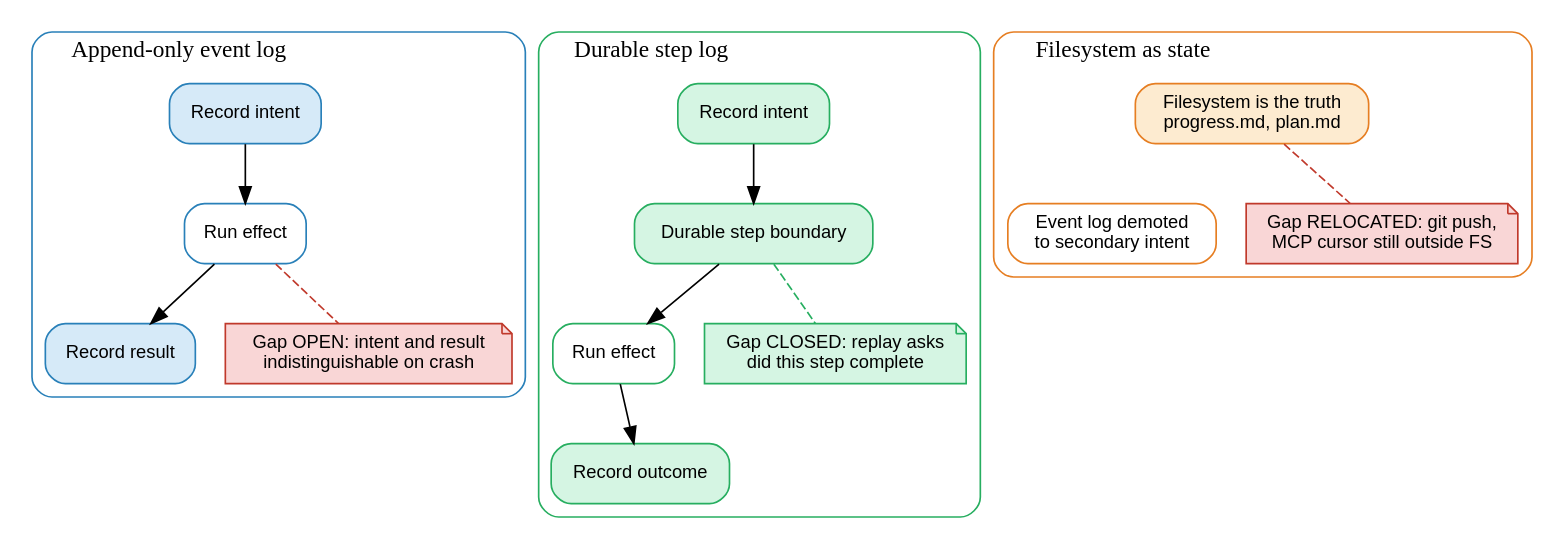
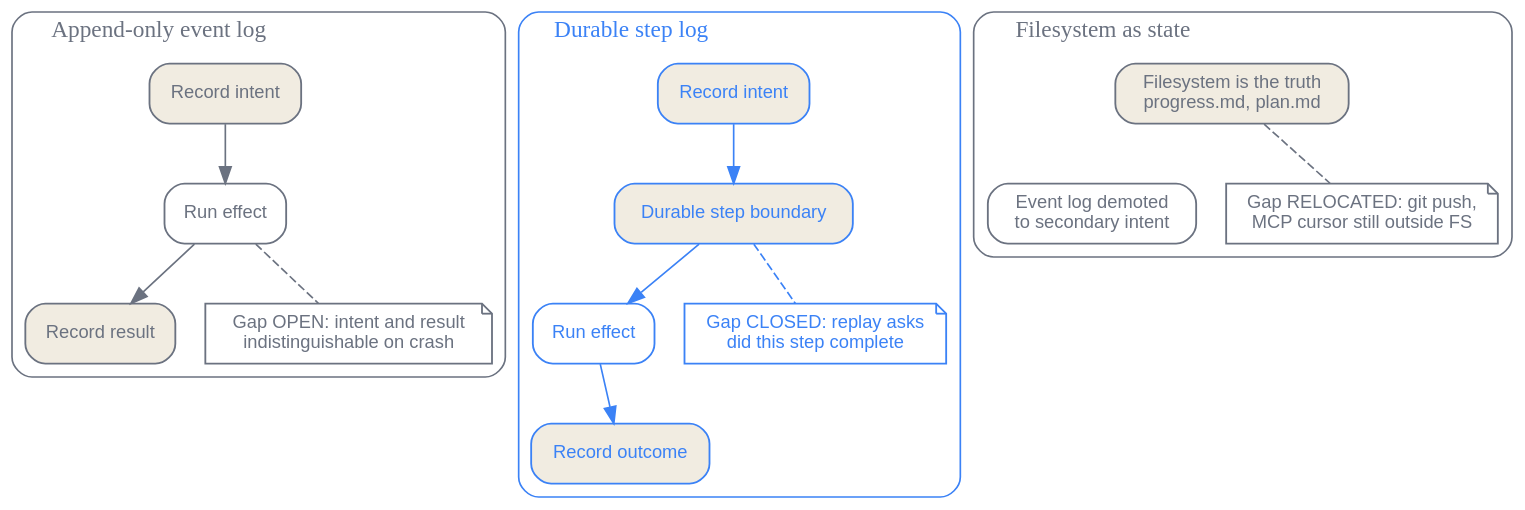
One commit to latere-ai/ai-as-an-infrastructure changed the second of 4 diagrams in en/p5-orchestration/22-memory-systems.qmd. Above: the diagram before and after it, drawn with Graphviz. The commit also changed other lines of this file and 186 other files, not shown here.

First line of the commit message:
book: visual audit pass on all diagrams and figures

````diff
--- a/en/p5-orchestration/22-memory-systems.qmd
+++ b/en/p5-orchestration/22-memory-systems.qmd
@@ -80,48 +80,52 @@
 ```{dot}
 //| label: fig-memory-durability-models
 //| fig-cap: "Three durability models differ in what they record relative to the effect, which fixes where the intent-versus-result gap sits."
 digraph durability {
     rankdir=TB;
-    node [shape=box, style="rounded,filled", fontname="Helvetica", fontsize=11];
-    edge [fontname="Helvetica", fontsize=10];
+    bgcolor="transparent";
+    node [shape=box, style="rounded,filled", fontname="Helvetica", fontsize=11, color="#6b7280", fontcolor="#6b7280", fillcolor="#ffffff", penwidth=1.1];
+    edge [fontname="Helvetica", fontsize=10, color="#6b7280", fontcolor="#6b7280"];
 
     subgraph cluster_log {
         label="Append-only event log";
         labeljust="l";
         style="rounded";
-        color="#2980b9";
-        a_intent [label="Record intent", fillcolor="#d6eaf8", color="#2980b9"];
-        a_effect [label="Run effect", fillcolor="#ffffff", color="#2980b9"];
-        a_result [label="Record result", fillcolor="#d6eaf8", color="#2980b9"];
+        color="#6b7280";
+        fontcolor="#6b7280";
+        a_intent [label="Record intent", fillcolor="#f1ece1"];
+        a_effect [label="Run effect"];
+        a_result [label="Record result", fillcolor="#f1ece1"];
         a_intent -> a_effect -> a_result;
-        a_gap [label="Gap OPEN: intent and result\nindistinguishable on crash", shape=note, fillcolor="#f9d6d6", color="#c0392b"];
-        a_effect -> a_gap [style=dashed, color="#c0392b", arrowhead=none];
+        a_gap [label="Gap OPEN: intent and result\nindistinguishable on crash", shape=note];
+        a_effect -> a_gap [style=dashed, arrowhead=none];
     }
 
     subgraph cluster_step {
         label="Durable step log";
         labeljust="l";
         style="rounded";
-        color="#27ae60";
-        b_intent [label="Record intent", fillcolor="#d5f5e3", color="#27ae60"];
-        b_bound [label="Durable step boundary", fillcolor="#d5f5e3", color="#27ae60"];
-        b_effect [label="Run effect", fillcolor="#ffffff", color="#27ae60"];
-        b_result [label="Record outcome", fillcolor="#d5f5e3", color="#27ae60"];
-        b_intent -> b_bound -> b_effect -> b_result;
-        b_gap [label="Gap CLOSED: replay asks\ndid this step complete", shape=note, fillcolor="#d5f5e3", color="#27ae60"];
-        b_bound -> b_gap [style=dashed, color="#27ae60", arrowhead=none];
+        color="#3b82f6";
+        fontcolor="#3b82f6";
+        b_intent [label="Record intent", fillcolor="#f1ece1", color="#3b82f6", fontcolor="#3b82f6"];
+        b_bound [label="Durable step boundary", fillcolor="#f1ece1", color="#3b82f6", fontcolor="#3b82f6"];
+        b_effect [label="Run effect", color="#3b82f6", fontcolor="#3b82f6"];
+        b_result [label="Record outcome", fillcolor="#f1ece1", color="#3b82f6", fontcolor="#3b82f6"];
+        b_intent -> b_bound -> b_effect -> b_result [color="#3b82f6"];
+        b_gap [label="Gap CLOSED: replay asks\ndid this step complete", shape=note, color="#3b82f6", fontcolor="#3b82f6"];
+        b_bound -> b_gap [style=dashed, arrowhead=none, color="#3b82f6"];
     }
 
     subgraph cluster_fs {
         label="Filesystem as state";
         labeljust="l";
         style="rounded";
-        color="#e67e22";
-        c_fs [label="Filesystem is the truth\nprogress.md, plan.md", fillcolor="#fdebd0", color="#e67e22"];
-        c_log [label="Event log demoted\nto secondary intent", fillcolor="#ffffff", color="#e67e22"];
+        color="#6b7280";
+        fontcolor="#6b7280";
+        c_fs [label="Filesystem is the truth\nprogress.md, plan.md", fillcolor="#f1ece1"];
+        c_log [label="Event log demoted\nto secondary intent"];
         c_fs -> c_log [style=invis];
-        c_gap [label="Gap RELOCATED: git push,\nMCP cursor still outside FS", shape=note, fillcolor="#f9d6d6", color="#c0392b"];
-        c_fs -> c_gap [style=dashed, color="#c0392b", arrowhead=none];
+        c_gap [label="Gap RELOCATED: git push,\nMCP cursor still outside FS", shape=note];
+        c_fs -> c_gap [style=dashed, arrowhead=none];
     }
 }
 ```
````
